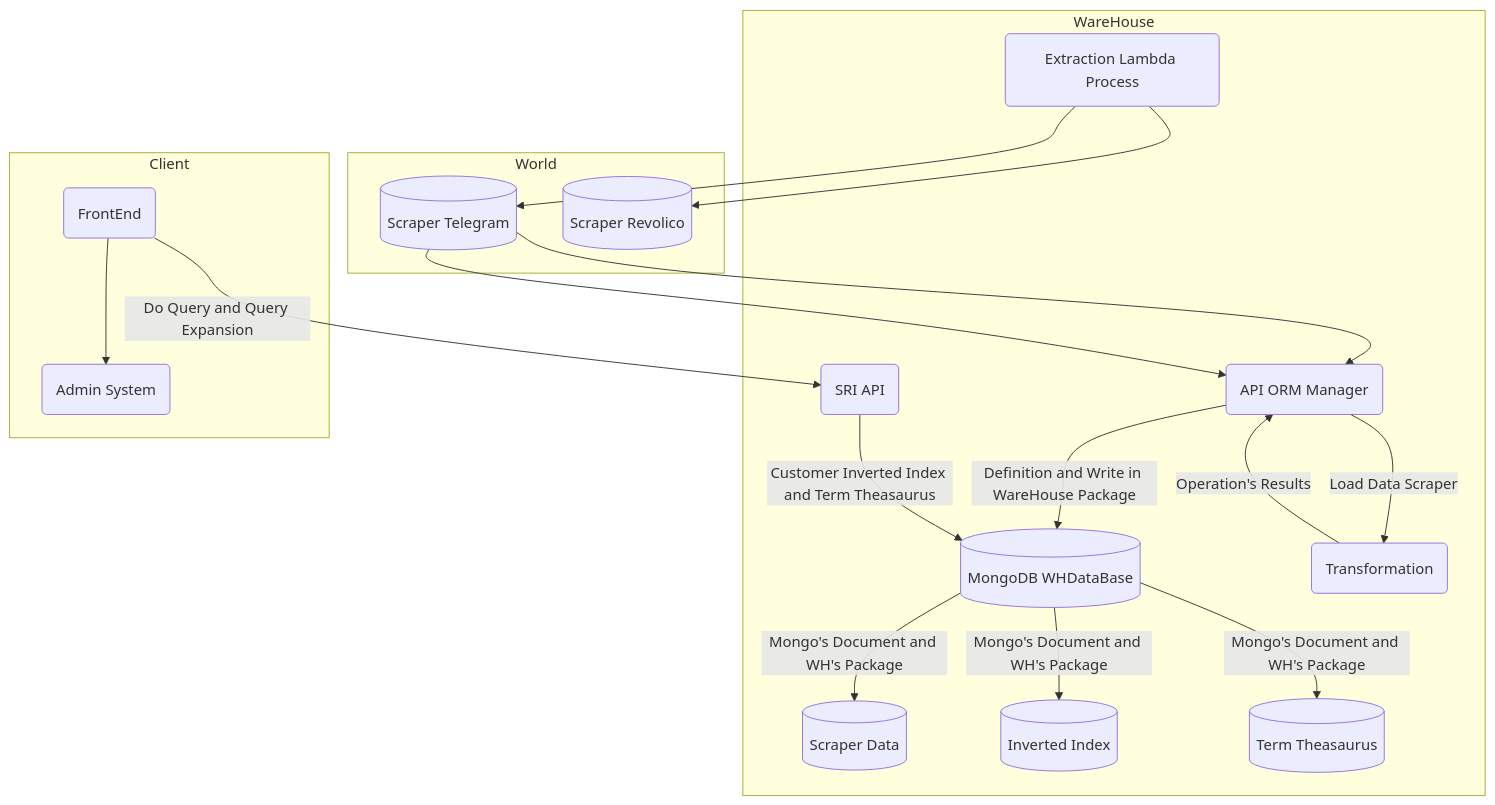
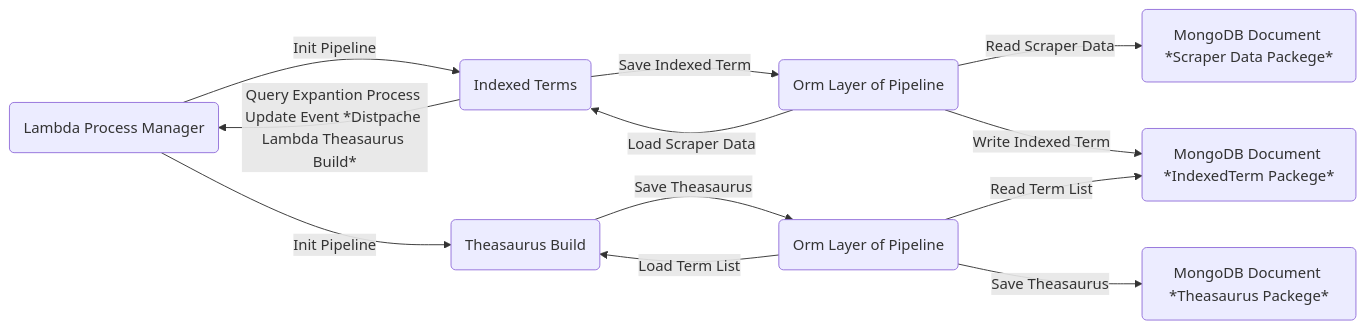
One commit to danielorlando97/dime-cosas changed the second of 2 diagrams in README.md. Above: the diagram before and after it, drawn with Mermaid. The commit also changed other lines of this file, not shown here.

````diff
--- a/README.md
+++ b/README.md
@@ -3,36 +20,17 @@
 ```mermaid
-flowchart TB
-
-    subgraph World 
-    id1[(Scraper Telegram)]
-    id2[(Scraper Revolico)]
-
-    end
-
+flowchart LR
+    id1(Lambda Process Manager) --> |Init Pipeline| id2(Indexed Terms)
+    id1(Lambda Process Manager) --> |Init Pipeline| id3(Theasaurus Build)
     
-    subgraph WareHouse 
-    id3(Extraction Lambda Process) --> id1
-    id3(Extraction Lambda Process) --> id2
-     
-    id4[(MongoDB WHDataBase)] --> |Mongo's Document and WH's Package| id7[(Scraper Data )]
-    id4[(MongoDB WHDataBase)] --> |Mongo's Document and WH's Package| id8[(Inverted Index)]
-    id4[(MongoDB WHDataBase)] --> |Mongo's Document and WH's Package| id9[(Term Theasaurus)]
+    id4(Orm Layer of Pipeline) --> |Load Scraper Data| id2(Indexed Terms)
+    id5(Orm Layer of Pipeline) --> |Load Term List| id3(Theasaurus Build)
     
-  
-    id6(Transformation) --> |Operation's Results| id5(API ORM Manager)
-    id5(API ORM Manager) --> |Load Data Scraper| id6(Transformation)
-    id1[(Scraper Telegram)] -->   id5(API ORM Manager)
-    id1[(Scraper Telegram)] -->   id5(API ORM Manager)
-    id5(API ORM Manager) --> |Definition and Write in WareHouse Package| id4[(MongoDB WHDataBase)] 
+    id2(Indexed Terms) --> |Save Indexed Term| id4(Orm Layer of Pipeline)
+    id2(Indexed Terms) --> |Query Expantion Process Update Event *Distpache Lambda Theasaurus Build*| id1(Lambda Process Manager) 
+    id3(Theasaurus Build) --> |Save Theasaurus| id5(Orm Layer of Pipeline)
     
-    id10(SRI API) --> |Customer Inverted Index and Term Theasaurus| id4[(MongoDB WHDataBase)] 
-    end
- 
-     
-    subgraph Client 
-    id11(FrontEnd) --> |Do Query and Query Expansion| id10(SRI API)
-    id11(FrontEnd) --> id12(Admin System)
-    end
-
-
+    id4(Orm Layer of Pipeline) --> |Read Scraper Data| id6(MongoDB Document *Scraper Data Packege*)
+    id4(Orm Layer of Pipeline) --> |Write Indexed Term| id7(MongoDB Document *IndexedTerm Packege*)
+    id5(Orm Layer of Pipeline) --> |Read Term List| id7(MongoDB Document *IndexedTerm Packege*)
+    id5(Orm Layer of Pipeline) --> |Save Theasaurus| id8(MongoDB Document *Theasaurus Packege*)
 ```
````
